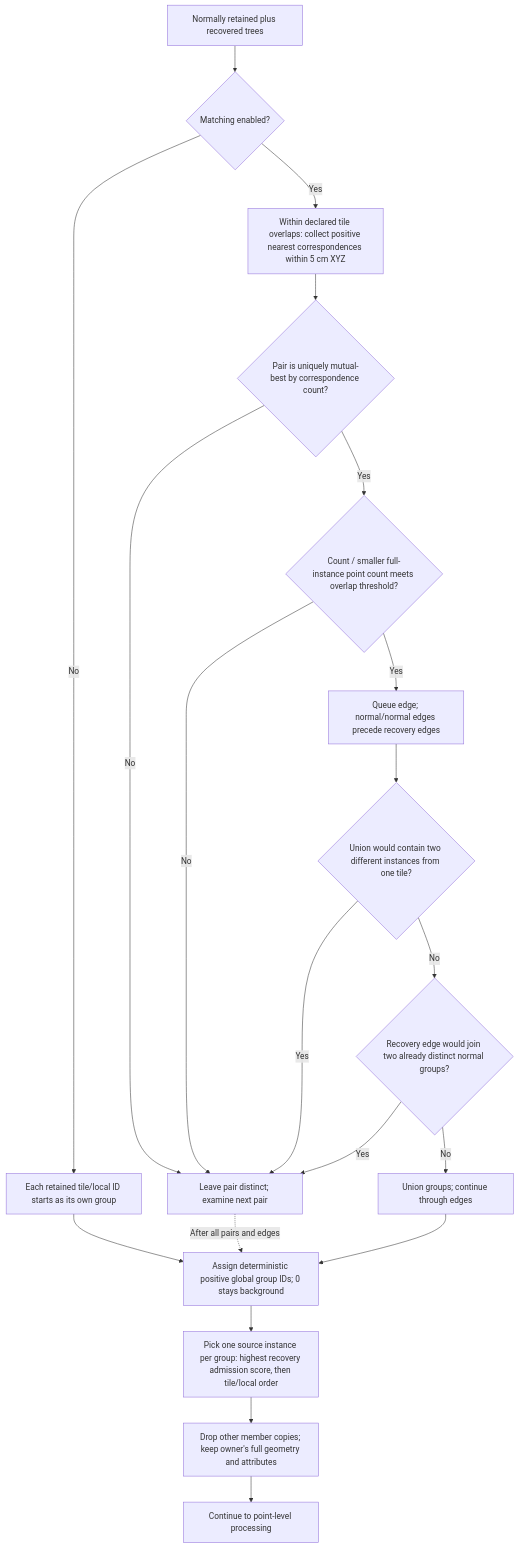
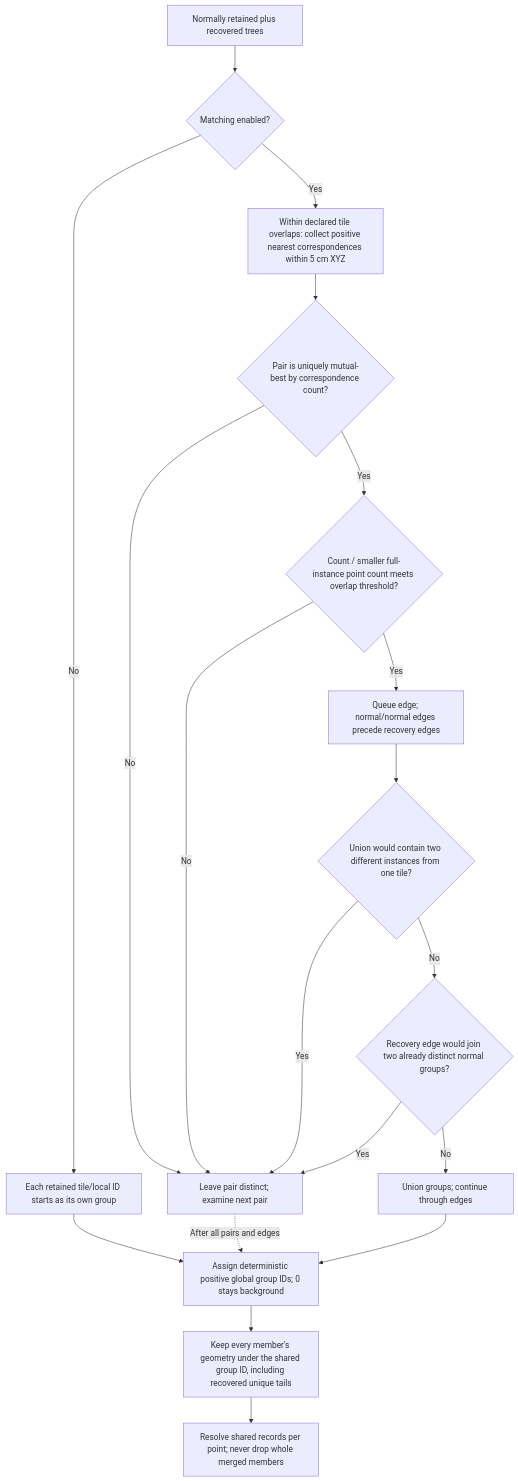
The fifth of 7 diagrams in docs/filter-decision-flow.md (3dTrees-earth/3dtrees_Smart_Tile), drawn with Mermaid before and after one commit. The commit also changed other lines of this file and 16 other files, not shown here.

````diff
--- a/docs/filter-decision-flow.md
+++ b/docs/filter-decision-flow.md
@@ -189,22 +189,21 @@
 ```mermaid
 flowchart TD
     A["Normally retained plus recovered trees"] --> B{"Matching enabled?"}
     B -->|No| SINGLE["Each retained tile/local ID starts as its own group"]
     B -->|Yes| PAIRS["Within declared tile overlaps: collect positive nearest correspondences within 5 cm XYZ"]
     PAIRS --> MUTUAL{"Pair is uniquely mutual-best by correspondence count?"}
     MUTUAL -->|No| DISTINCT["Leave pair distinct; examine next pair"]
     MUTUAL -->|Yes| RATIO{"Count / smaller full-instance point count meets overlap threshold?"}
     RATIO -->|No| DISTINCT
     RATIO -->|Yes| EDGES["Queue edge; normal/normal edges precede recovery edges"]
     EDGES --> TILE{"Union would contain two different instances from one tile?"}
     TILE -->|Yes| DISTINCT
     TILE -->|No| BRIDGE{"Recovery edge would join two already distinct normal groups?"}
     BRIDGE -->|Yes| DISTINCT
     BRIDGE -->|No| UNION["Union groups; continue through edges"]
     UNION --> IDS["Assign deterministic positive global group IDs; 0 stays background"]
     SINGLE --> IDS
     DISTINCT -. "After all pairs and edges" .-> IDS
-    IDS --> OWNER["Pick one source instance per group: highest recovery admission score, then tile/local order"]
-    OWNER --> DROP["Drop other member copies; keep owner's full geometry and attributes"]
-    DROP --> NEXT["Continue to point-level processing"]
+    IDS --> GEOMETRY["Keep every member's geometry under the shared group ID, including recovered unique tails"]
+    GEOMETRY --> NEXT["Resolve shared records per point; never drop whole merged members"]
 ```
````
